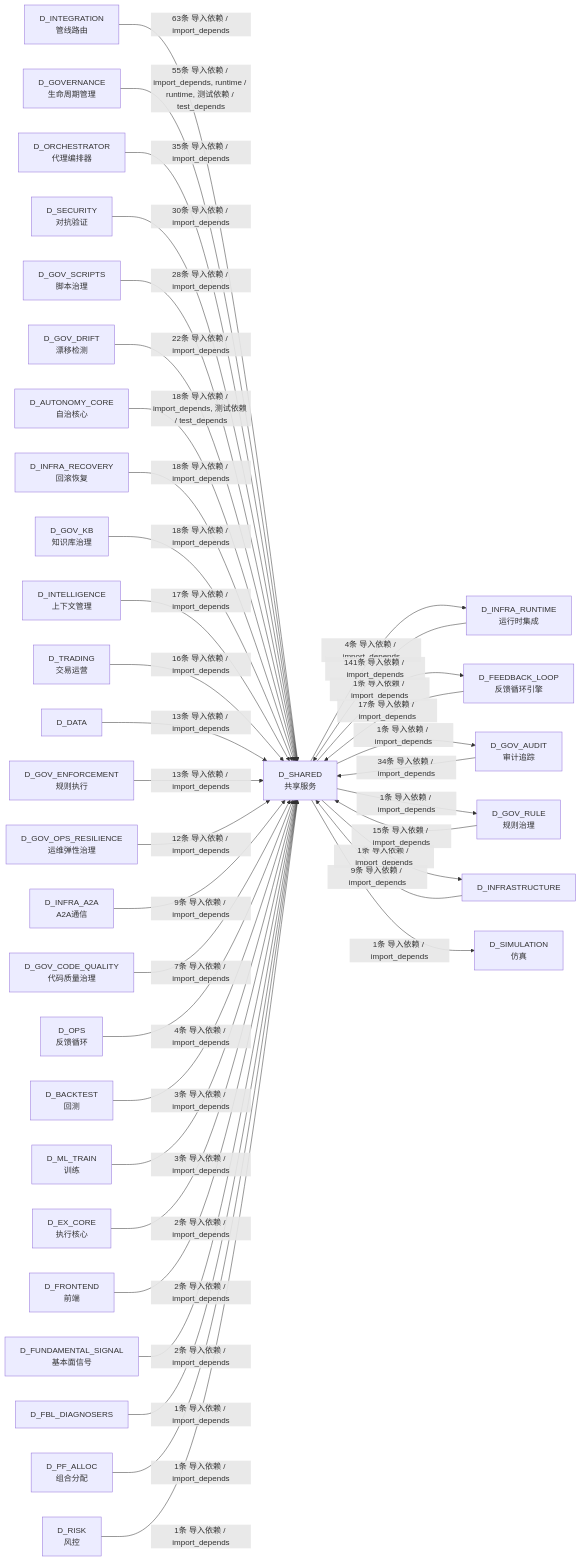
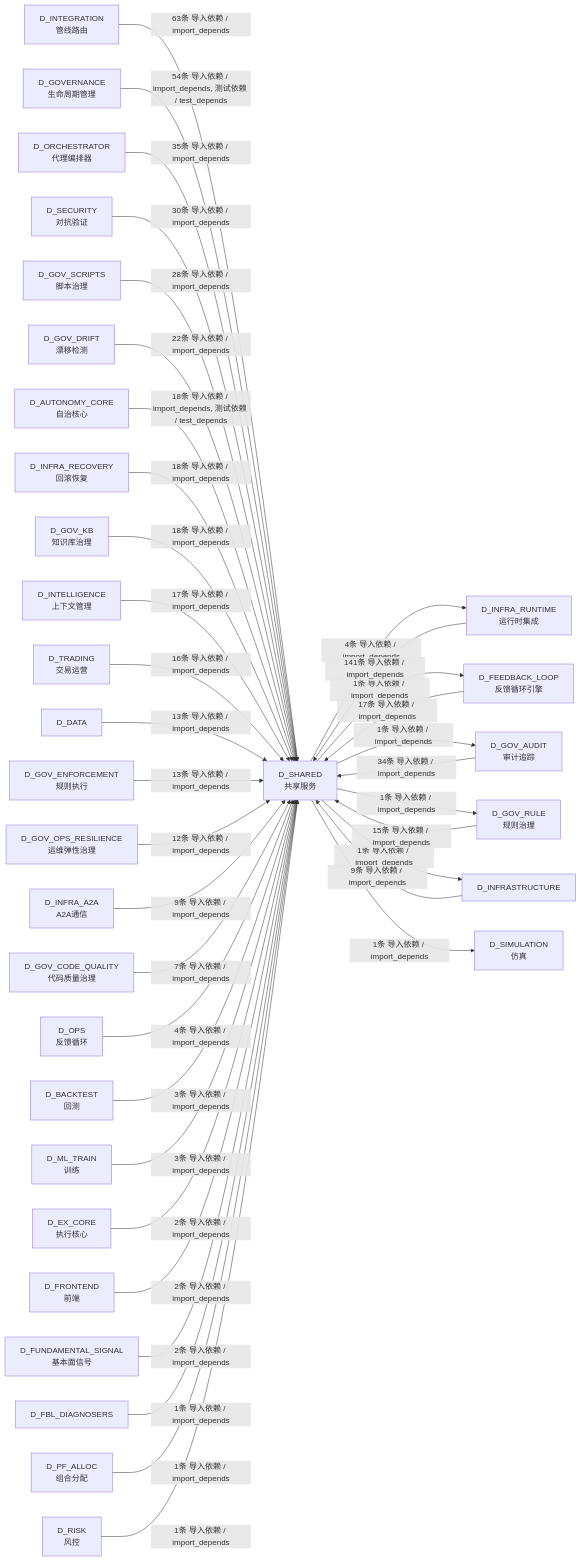
Before and after one commit to xuanFelixVan/ZephyrAlpha: the tenth of 10 diagrams in docs/02_enterprise_architecture/02_domain_architecture_docs/26_d_shared.md, drawn with Mermaid. The commit also changed other lines of this file and 101 other files, not shown here.

````diff
--- a/docs/02_enterprise_architecture/02_domain_architecture_docs/26_d_shared.md
+++ b/docs/02_enterprise_architecture/02_domain_architecture_docs/26_d_shared.md
@@ -1695,71 +1694,71 @@
 ```mermaid
 graph LR
     D_SHARED["D_SHARED<br/>共享服务"]
     D_INFRA_RUNTIME["D_INFRA_RUNTIME<br/>运行时集成"]
     D_FEEDBACK_LOOP["D_FEEDBACK_LOOP<br/>反馈循环引擎"]
     D_GOV_AUDIT["D_GOV_AUDIT<br/>审计追踪"]
     D_GOV_RULE["D_GOV_RULE<br/>规则治理"]
     D_INFRASTRUCTURE["D_INFRASTRUCTURE"]
     D_SIMULATION["D_SIMULATION<br/>仿真"]
     D_INTEGRATION["D_INTEGRATION<br/>管线路由"]
     D_GOVERNANCE["D_GOVERNANCE<br/>生命周期管理"]
     D_ORCHESTRATOR["D_ORCHESTRATOR<br/>代理编排器"]
     D_SECURITY["D_SECURITY<br/>对抗验证"]
     D_GOV_SCRIPTS["D_GOV_SCRIPTS<br/>脚本治理"]
     D_GOV_DRIFT["D_GOV_DRIFT<br/>漂移检测"]
     D_AUTONOMY_CORE["D_AUTONOMY_CORE<br/>自治核心"]
     D_INFRA_RECOVERY["D_INFRA_RECOVERY<br/>回滚恢复"]
     D_GOV_KB["D_GOV_KB<br/>知识库治理"]
     D_INTELLIGENCE["D_INTELLIGENCE<br/>上下文管理"]
     D_TRADING["D_TRADING<br/>交易运营"]
     D_DATA["D_DATA"]
     D_GOV_ENFORCEMENT["D_GOV_ENFORCEMENT<br/>规则执行"]
     D_GOV_OPS_RESILIENCE["D_GOV_OPS_RESILIENCE<br/>运维弹性治理"]
     D_INFRA_A2A["D_INFRA_A2A<br/>A2A通信"]
     D_GOV_CODE_QUALITY["D_GOV_CODE_QUALITY<br/>代码质量治理"]
     D_OPS["D_OPS<br/>反馈循环"]
     D_BACKTEST["D_BACKTEST<br/>回测"]
     D_ML_TRAIN["D_ML_TRAIN<br/>训练"]
     D_EX_CORE["D_EX_CORE<br/>执行核心"]
     D_FRONTEND["D_FRONTEND<br/>前端"]
     D_FUNDAMENTAL_SIGNAL["D_FUNDAMENTAL_SIGNAL<br/>基本面信号"]
     D_FBL_DIAGNOSERS["D_FBL_DIAGNOSERS"]
     D_PF_ALLOC["D_PF_ALLOC<br/>组合分配"]
     D_RISK["D_RISK<br/>风控"]
     D_SHARED -->|4条 导入依赖 / import_depends| D_INFRA_RUNTIME
     D_SHARED -->|1条 导入依赖 / import_depends| D_FEEDBACK_LOOP
     D_SHARED -->|1条 导入依赖 / import_depends| D_GOV_AUDIT
     D_SHARED -->|1条 导入依赖 / import_depends| D_GOV_RULE
     D_SHARED -->|1条 导入依赖 / import_depends| D_INFRASTRUCTURE
     D_SHARED -->|1条 导入依赖 / import_depends| D_SIMULATION
     D_INFRA_RUNTIME -->|141条 导入依赖 / import_depends| D_SHARED
     D_INTEGRATION -->|63条 导入依赖 / import_depends| D_SHARED
-    D_GOVERNANCE -->|55条 导入依赖 / import_depends, runtime / runtime, 测试依赖 / test_depends| D_SHARED
+    D_GOVERNANCE -->|54条 导入依赖 / import_depends, 测试依赖 / test_depends| D_SHARED
     D_ORCHESTRATOR -->|35条 导入依赖 / import_depends| D_SHARED
     D_GOV_AUDIT -->|34条 导入依赖 / import_depends| D_SHARED
     D_SECURITY -->|30条 导入依赖 / import_depends| D_SHARED
     D_GOV_SCRIPTS -->|28条 导入依赖 / import_depends| D_SHARED
     D_GOV_DRIFT -->|22条 导入依赖 / import_depends| D_SHARED
     D_AUTONOMY_CORE -->|18条 导入依赖 / import_depends, 测试依赖 / test_depends| D_SHARED
     D_INFRA_RECOVERY -->|18条 导入依赖 / import_depends| D_SHARED
     D_GOV_KB -->|18条 导入依赖 / import_depends| D_SHARED
     D_FEEDBACK_LOOP -->|17条 导入依赖 / import_depends| D_SHARED
     D_INTELLIGENCE -->|17条 导入依赖 / import_depends| D_SHARED
     D_TRADING -->|16条 导入依赖 / import_depends| D_SHARED
     D_GOV_RULE -->|15条 导入依赖 / import_depends| D_SHARED
     D_DATA -->|13条 导入依赖 / import_depends| D_SHARED
     D_GOV_ENFORCEMENT -->|13条 导入依赖 / import_depends| D_SHARED
     D_GOV_OPS_RESILIENCE -->|12条 导入依赖 / import_depends| D_SHARED
     D_INFRA_A2A -->|9条 导入依赖 / import_depends| D_SHARED
     D_INFRASTRUCTURE -->|9条 导入依赖 / import_depends| D_SHARED
     D_GOV_CODE_QUALITY -->|7条 导入依赖 / import_depends| D_SHARED
     D_OPS -->|4条 导入依赖 / import_depends| D_SHARED
     D_BACKTEST -->|3条 导入依赖 / import_depends| D_SHARED
     D_ML_TRAIN -->|3条 导入依赖 / import_depends| D_SHARED
     D_EX_CORE -->|2条 导入依赖 / import_depends| D_SHARED
     D_FRONTEND -->|2条 导入依赖 / import_depends| D_SHARED
     D_FUNDAMENTAL_SIGNAL -->|2条 导入依赖 / import_depends| D_SHARED
     D_FBL_DIAGNOSERS -->|1条 导入依赖 / import_depends| D_SHARED
     D_PF_ALLOC -->|1条 导入依赖 / import_depends| D_SHARED
     D_RISK -->|1条 导入依赖 / import_depends| D_SHARED
 ```
````
